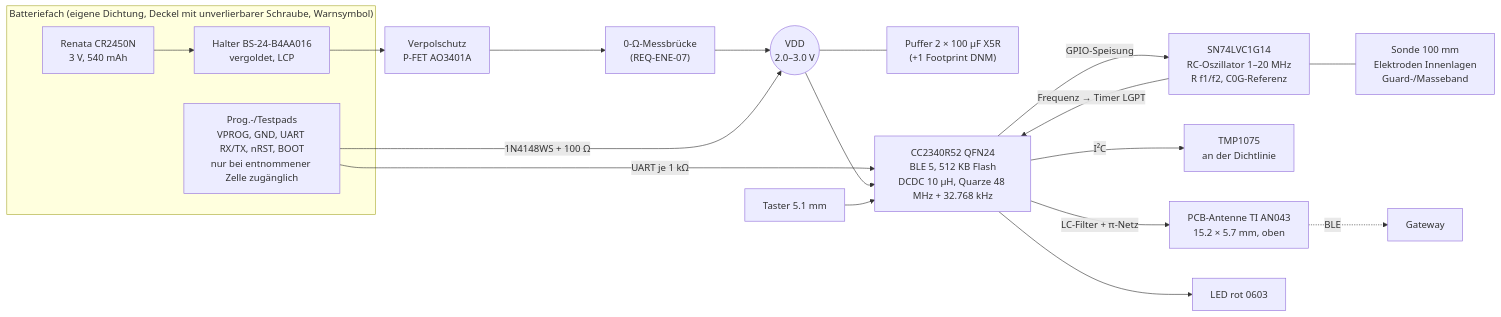
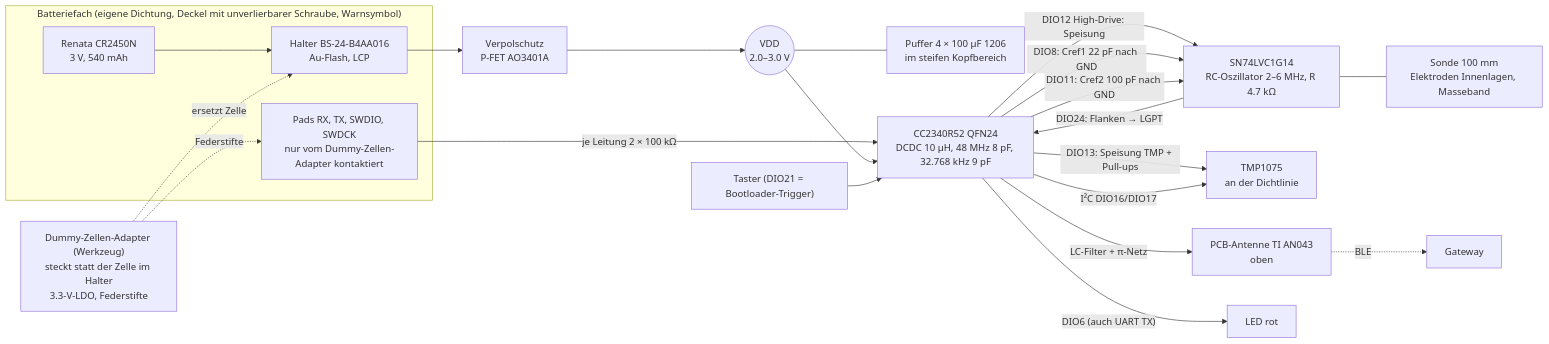
Before and after one commit to sgeisser1/Tr-pfli: the first of 4 diagrams in docs/concepts/CONCEPTS.md, drawn with Mermaid. The commit also changed other lines of this file and 16 other files, not shown here.

````diff
--- a/docs/concepts/CONCEPTS.md
+++ b/docs/concepts/CONCEPTS.md
@@ -81,20 +73,24 @@
 ```mermaid
 flowchart LR
   subgraph FACH["Batteriefach (eigene Dichtung, Deckel mit unverlierbarer Schraube, Warnsymbol)"]
-    CELL["Renata CR2450N<br/>3 V, 540 mAh"] --> HOLD["Halter BS-24-B4AA016<br/>vergoldet, LCP"]
-    PADS["Prog.-/Testpads<br/>VPROG, GND, UART RX/TX, nRST, BOOT<br/>nur bei entnommener Zelle zugänglich"]
+    CELL["Renata CR2450N<br/>3 V, 540 mAh"] --> HOLD["Halter BS-24-B4AA016<br/>Au-Flash, LCP"]
+    PADS["Pads RX, TX, SWDIO, SWDCK<br/>nur vom Dummy-Zellen-Adapter kontaktiert"]
   end
-  HOLD --> VP["Verpolschutz<br/>P-FET AO3401A"] --> MB["0-Ω-Messbrücke<br/>(REQ-ENE-07)"] --> VDD(("VDD<br/>2.0–3.0 V"))
-  VDD --- CB["Puffer 2 × 100 µF X5R<br/>(+1 Footprint DNM)"]
-  PADS -- "1N4148WS + 100 Ω" --> VDD
-  PADS -- "UART je 1 kΩ" --> SOC
-  VDD --> SOC["CC2340R52 QFN24<br/>BLE 5, 512 KB Flash<br/>DCDC 10 µH, Quarze 48 MHz + 32.768 kHz"]
-  SOC -- "GPIO-Speisung" --> OSC["SN74LVC1G14<br/>RC-Oszillator 1–20 MHz<br/>R f1/f2, C0G-Referenz"]
-  OSC -- "Frequenz → Timer LGPT" --> SOC
-  OSC --- PROBE["Sonde 100 mm<br/>Elektroden Innenlagen<br/>Guard-/Masseband"]
-  SOC -- "I²C" --> TMP["TMP1075<br/>an der Dichtlinie"]
-  SOC -- "LC-Filter + π-Netz" --> ANT["PCB-Antenne TI AN043<br/>15.2 × 5.7 mm, oben"]
-  SOC --> LED["LED rot 0603"]
-  BTN["Taster 5.1 mm"] --> SOC
+  ADP["Dummy-Zellen-Adapter (Werkzeug)<br/>steckt statt der Zelle im Halter<br/>3.3-V-LDO, Federstifte"] -. "ersetzt Zelle" .-> HOLD
+  ADP -. "Federstifte" .-> PADS
+  HOLD --> VP["Verpolschutz<br/>P-FET AO3401A"] --> VDD(("VDD<br/>2.0–3.0 V"))
+  VDD --- CB["Puffer 4 × 100 µF 1206<br/>im steifen Kopfbereich"]
+  PADS -- "je Leitung 2 × 100 kΩ" --> SOC
+  VDD --> SOC["CC2340R52 QFN24<br/>DCDC 10 µH, 48 MHz 8 pF, 32.768 kHz 9 pF"]
+  SOC -- "DIO12 High-Drive: Speisung" --> OSC["SN74LVC1G14<br/>RC-Oszillator 2–6 MHz, R 4.7 kΩ"]
+  OSC -- "DIO24: Flanken → LGPT" --> SOC
+  SOC -- "DIO8: Cref1 22 pF nach GND" --> OSC
+  SOC -- "DIO11: Cref2 100 pF nach GND" --> OSC
+  OSC --- PROBE["Sonde 100 mm<br/>Elektroden Innenlagen, Masseband"]
+  SOC -- "DIO13: Speisung TMP + Pull-ups" --> TMP["TMP1075<br/>an der Dichtlinie"]
+  SOC -- "I²C DIO16/DIO17" --> TMP
+  SOC -- "LC-Filter + π-Netz" --> ANT["PCB-Antenne TI AN043<br/>oben"]
+  SOC -- "DIO6 (auch UART TX)" --> LED["LED rot"]
+  BTN["Taster (DIO21 = Bootloader-Trigger)"] --> SOC
   ANT -. "BLE" .-> GW["Gateway"]
 ```
````
